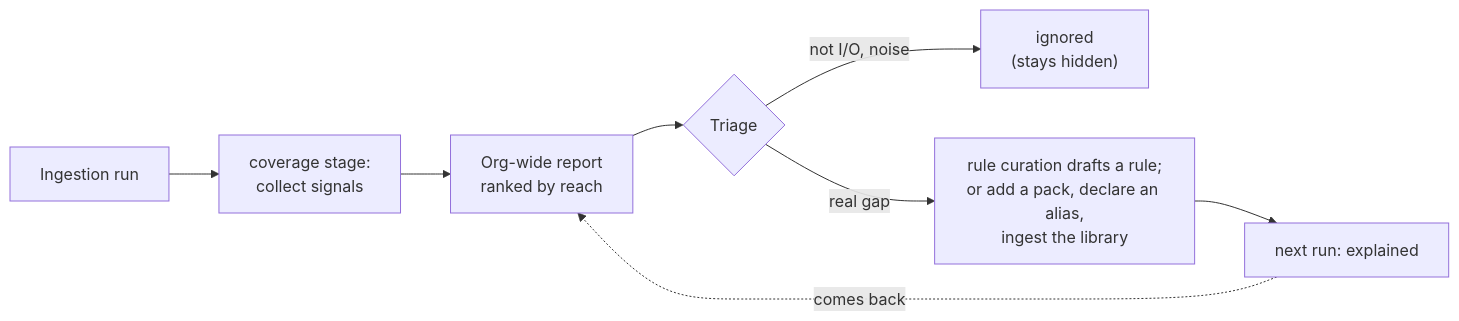
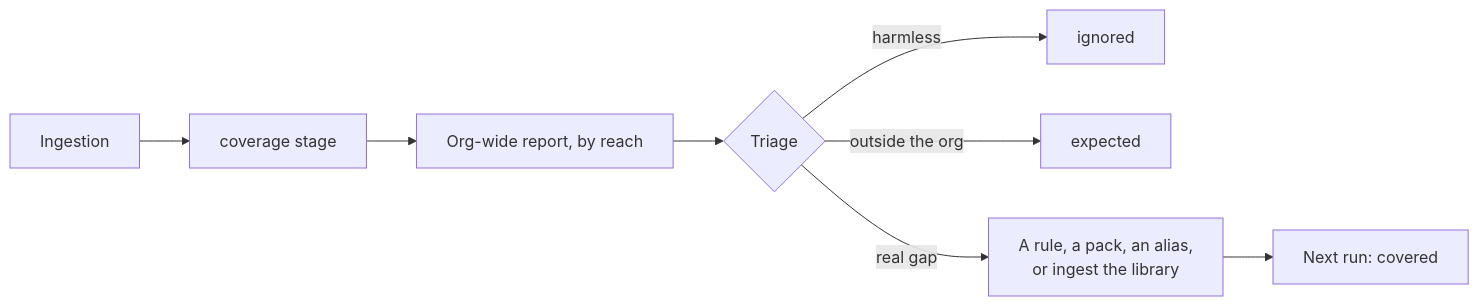
The diagram in docs/how-it-works/ingestion/coverage-report.md (KBavis/steno), drawn with Mermaid before and after one commit. The commit also changed other lines of this file and 35 other files, not shown here.

First line of the commit message:
docs: simplify the docs and record D150 (flows-first routing)

````diff
--- a/docs/how-it-works/ingestion/coverage-report.md
+++ b/docs/how-it-works/ingestion/coverage-report.md
@@ -14,10 +11,10 @@
 ```mermaid
 flowchart LR
-    I["Ingestion run"] --> C["coverage stage:<br/>collect signals"]
-    C --> R["Org-wide report<br/>ranked by reach"]
+    I["Ingestion"] --> C["coverage stage"]
+    C --> R["Org-wide report, by reach"]
     R --> T{"Triage"}
-    T -- "not I/O, noise" --> IG["ignored<br/>(stays hidden)"]
-    T -- "real gap" --> FX["rule curation drafts a rule;<br/>or add a pack, declare an alias,<br/>ingest the library"]
-    FX --> NX["next run: explained"]
-    NX -. "comes back" .-> R
+    T -- "harmless" --> IG["ignored"]
+    T -- "outside the org" --> EX["expected"]
+    T -- "real gap" --> FX["A rule, a pack, an alias,<br/>or ingest the library"]
+    FX --> NX["Next run: covered"]
 ```
````
